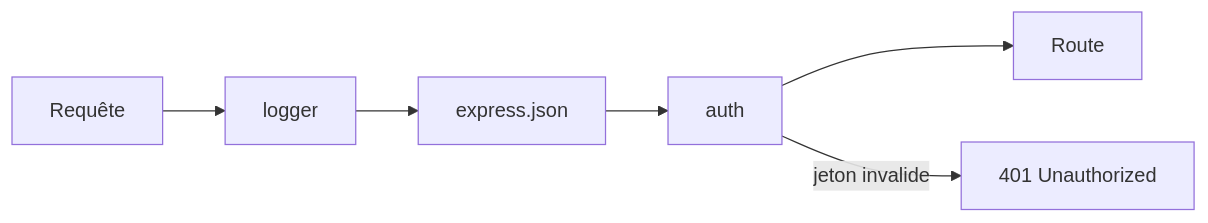
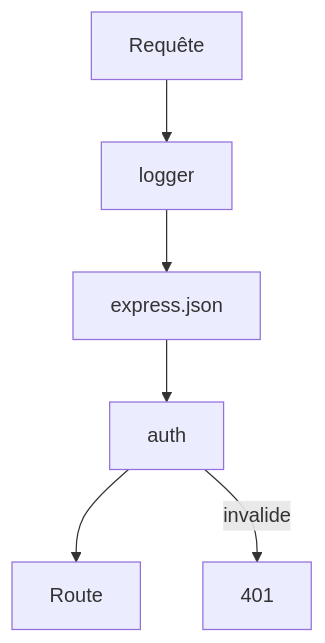
The diagram in 03 — Concepts/Middleware.md (galsen-76/Informatique-), drawn with Mermaid before and after one commit. The commit also changed 10 other files, not shown here.

First line of the commit message:
Concepts : diagrammes Mermaid raccourcis pour tenir en largeur

````diff
--- a/03 — Concepts/Middleware.md
+++ b/03 — Concepts/Middleware.md
@@ -41,5 +41,5 @@
 ```mermaid
-flowchart LR
+flowchart TD
   A[Requête] --> B[logger] --> C[express.json] --> D[auth] --> E[Route]
-  D -- jeton invalide --> X[401 Unauthorized]
+  D -- invalide --> X[401]
 ```
````
